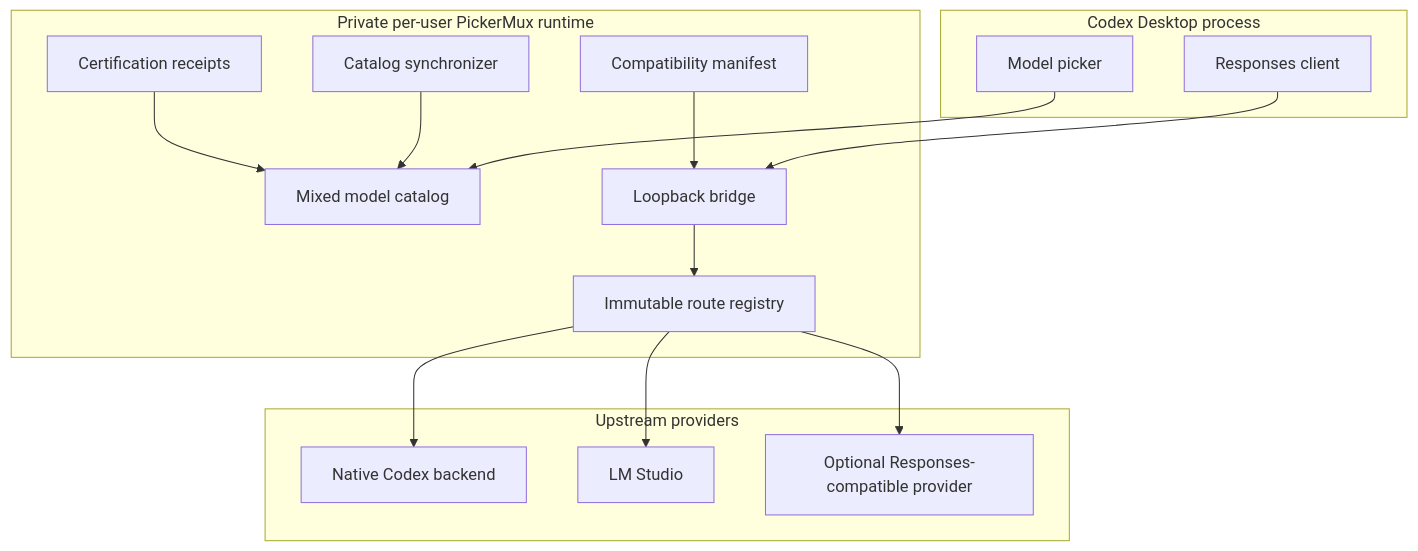
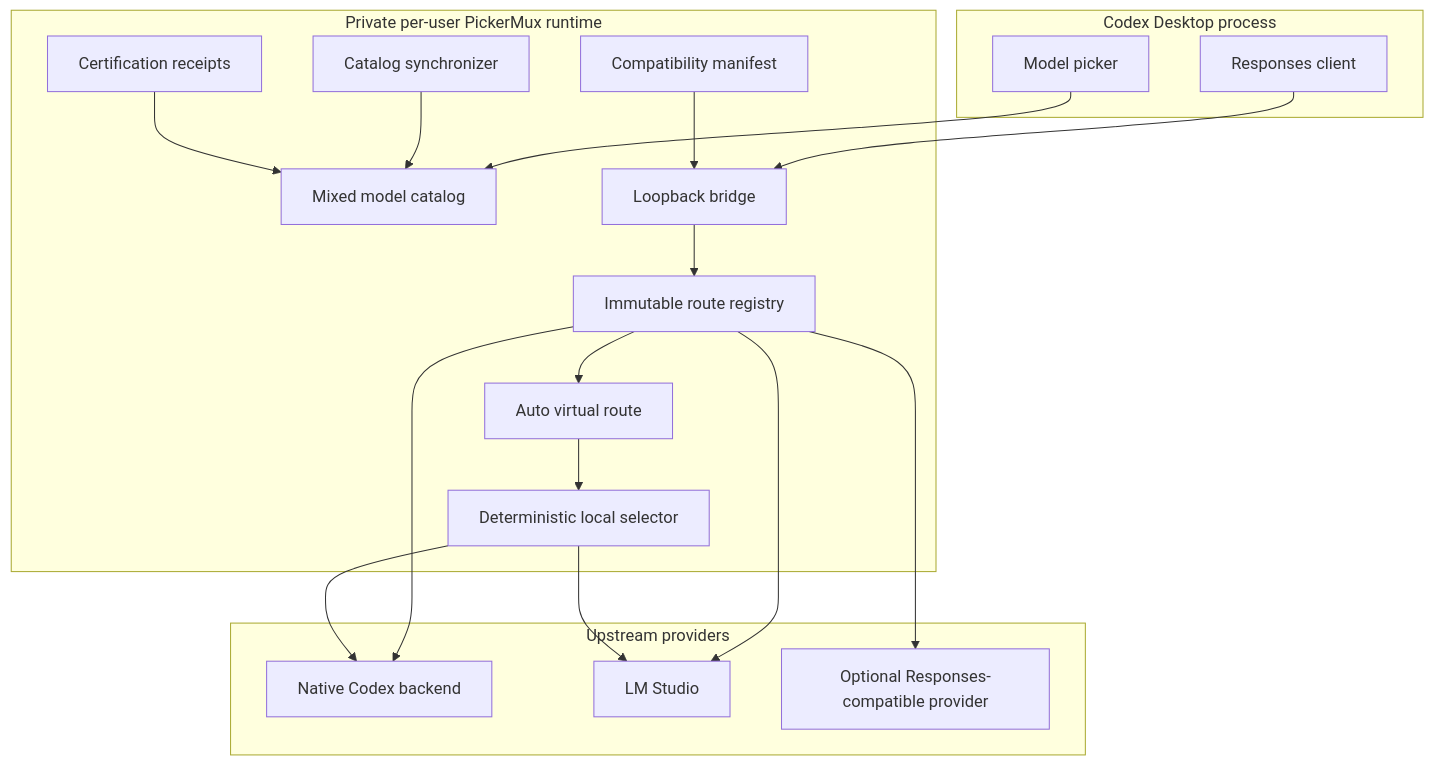
The diagram in docs/ARCHITECTURE.md (patrickschiller/pickermux), drawn with Mermaid before and after one commit. The commit also changed other lines of this file and 47 other files, not shown here.

````diff
--- a/docs/ARCHITECTURE.md
+++ b/docs/ARCHITECTURE.md
@@ -20,32 +22,38 @@
 ```mermaid
 flowchart TB
     subgraph Codex[Codex Desktop process]
         UI[Model picker]
         Client[Responses client]
     end
 
     subgraph Local[Private per-user PickerMux runtime]
         Catalog[Mixed model catalog]
         Bridge[Loopback bridge]
         Registry[Immutable route registry]
+        Auto[Auto virtual route]
+        Selector[Deterministic local selector]
         Sync[Catalog synchronizer]
         Receipts[Certification receipts]
         Compat[Compatibility manifest]
     end
 
     subgraph Providers[Upstream providers]
         Native[Native Codex backend]
         LM[LM Studio]
         Other[Optional Responses-compatible provider]
     end
 
     UI --> Catalog
     Client --> Bridge
     Bridge --> Registry
     Registry --> Native
     Registry --> LM
     Registry --> Other
+    Registry --> Auto
+    Auto --> Selector
+    Selector --> Native
+    Selector --> LM
     Sync --> Catalog
     Receipts --> Catalog
     Compat --> Bridge
 ```
````
